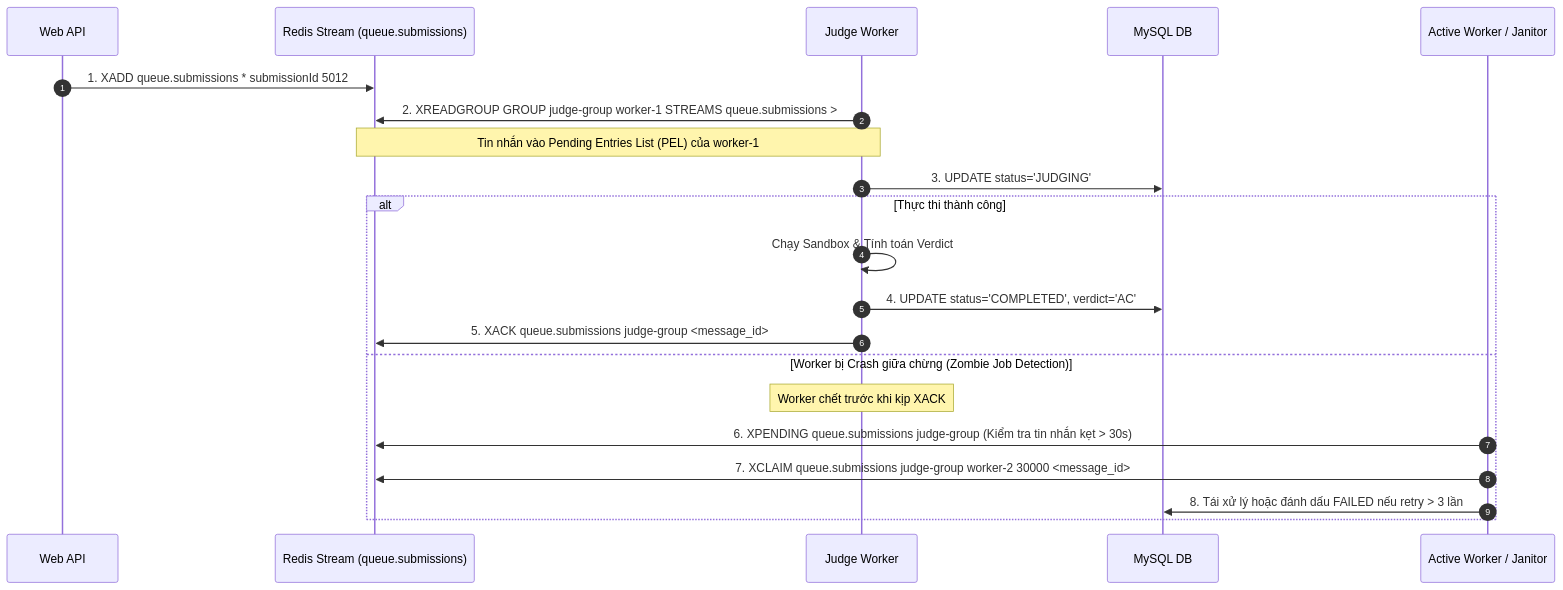
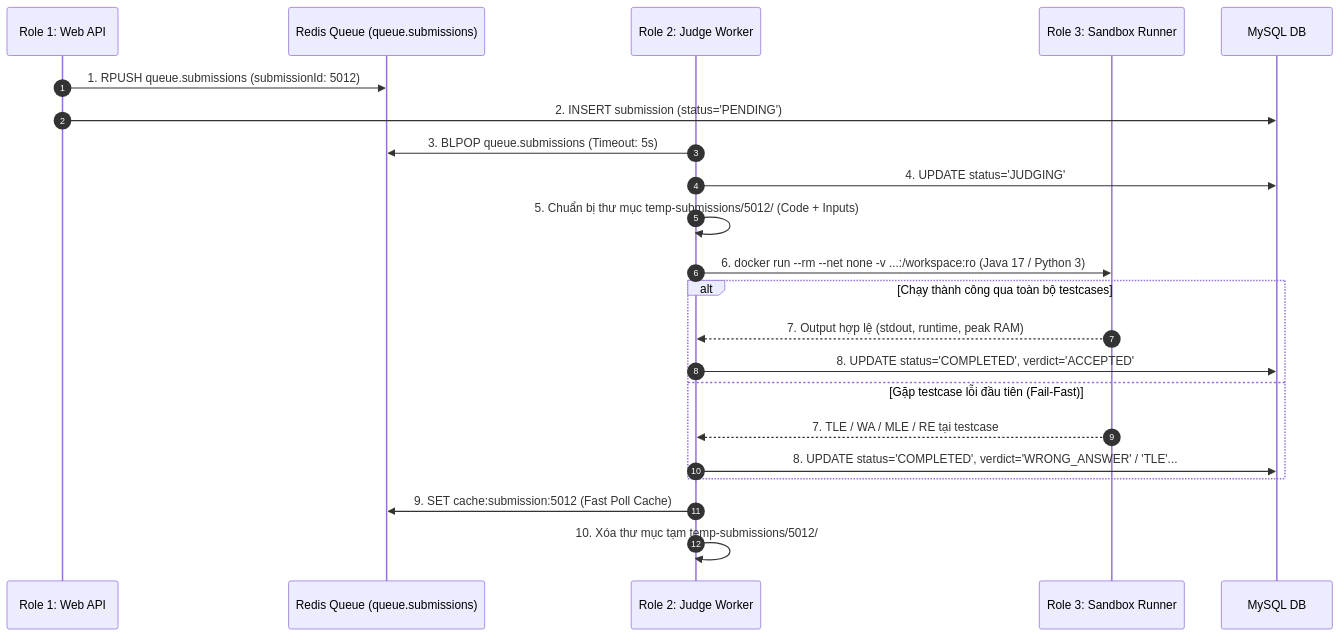
Before and after one commit to AuroraMaze/mini-leetcode: the second of 2 diagrams in docs/TECHNICAL_SPECIFICATION.md, drawn with Mermaid. The commit also changed other lines of this file and 114 other files, not shown here.

````diff
--- a/docs/TECHNICAL_SPECIFICATION.md
+++ b/docs/TECHNICAL_SPECIFICATION.md
@@ -113,25 +122,26 @@
 ```mermaid
 sequenceDiagram
     autonumber
-    participant API as Web API
-    participant RS as Redis Stream (queue.submissions)
-    participant W as Judge Worker
+    participant API as Role 1: Web API
+    participant RQ as Redis Queue (queue.submissions)
+    participant W as Role 2: Judge Worker
+    participant R as Role 3: Sandbox Runner
     participant DB as MySQL DB
 
-    API->>RS: 1. XADD queue.submissions * submissionId 5012
-    W->>RS: 2. XREADGROUP GROUP judge-group worker-1 STREAMS queue.submissions >
-    Note over RS, W: Tin nhắn vào Pending Entries List (PEL) của worker-1
-    W->>DB: 3. UPDATE status='JUDGING'
+    API->>RQ: 1. RPUSH queue.submissions (submissionId: 5012)
+    API->>DB: 2. INSERT submission (status='PENDING')
+    W->>RQ: 3. BLPOP queue.submissions (Timeout: 5s)
+    W->>DB: 4. UPDATE status='JUDGING'
+    W->>W: 5. Chuẩn bị thư mục temp-submissions/5012/ (Code + Inputs)
     
-    alt Thực thi thành công
-        W->>W: Chạy Sandbox & Tính toán Verdict
-        W->>DB: 4. UPDATE status='COMPLETED', verdict='AC'
-        W->>RS: 5. XACK queue.submissions judge-group <message_id>
-    else Worker bị Crash giữa chừng (Zombie Job Detection)
-        Note over W: Worker chết trước khi kịp XACK
-        participant W2 as Active Worker / Janitor
-        W2->>RS: 6. XPENDING queue.submissions judge-group (Kiểm tra tin nhắn kẹt > 30s)
-        W2->>RS: 7. XCLAIM queue.submissions judge-group worker-2 30000 <message_id>
-        W2->>DB: 8. Tái xử lý hoặc đánh dấu FAILED nếu retry > 3 lần
+    W->>R: 6. docker run --rm --net none -v ...:/workspace:ro (Java 17 / Python 3)
+    alt Chạy thành công qua toàn bộ testcases
+        R-->>W: 7. Output hợp lệ (stdout, runtime, peak RAM)
+        W->>DB: 8. UPDATE status='COMPLETED', verdict='ACCEPTED'
+    else Gặp testcase lỗi đầu tiên (Fail-Fast)
+        R-->>W: 7. TLE / WA / MLE / RE tại testcase #i
+        W->>DB: 8. UPDATE status='COMPLETED', verdict='WRONG_ANSWER' / 'TLE'...
     end
+    W->>RQ: 9. SET cache:submission:5012 (Fast Poll Cache)
+    W->>W: 10. Xóa thư mục tạm temp-submissions/5012/
 ```
````
